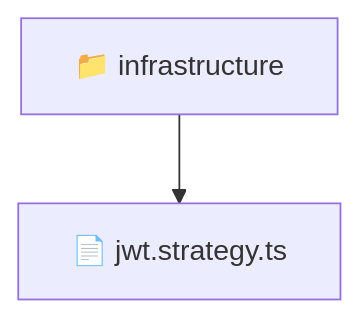
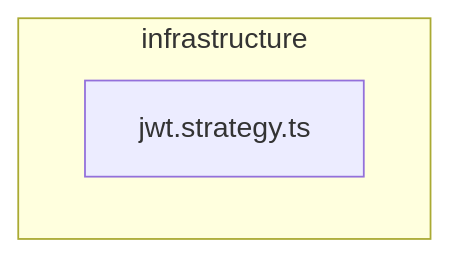
One commit to beginwebdev2002/fullstack-mavluda changed the diagram in backend/src/modules/auth/infrastructure/README.md. Above: the diagram before and after it, drawn with Mermaid. The commit also changed other lines of this file and 163 other files, not shown here.

````diff
--- a/backend/src/modules/auth/infrastructure/README.md
+++ b/backend/src/modules/auth/infrastructure/README.md
@@ -9,5 +15,6 @@
 ```mermaid
 graph TD
-  Root["📁 infrastructure"]
-  Root --> jwt_strategy_ts["📄 jwt.strategy.ts"]
+  subgraph infrastructure
+    jwt_strategy_ts["jwt.strategy.ts"]
+  end
 ```
````
